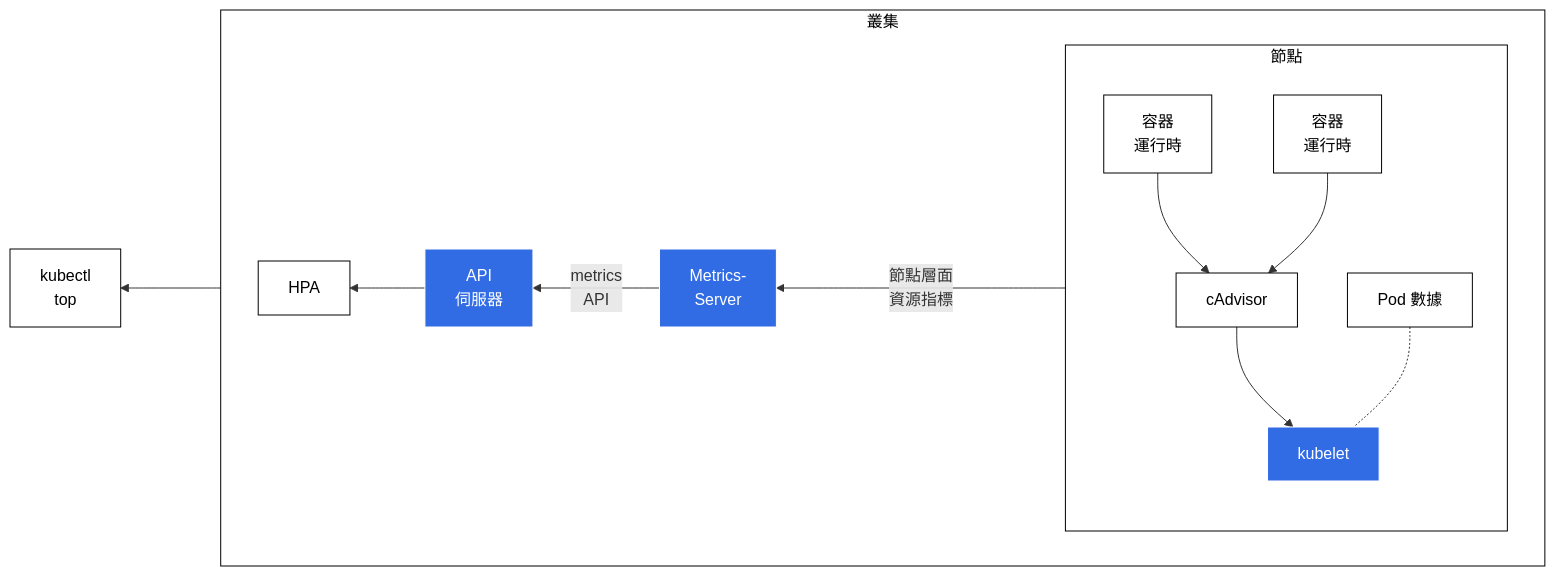
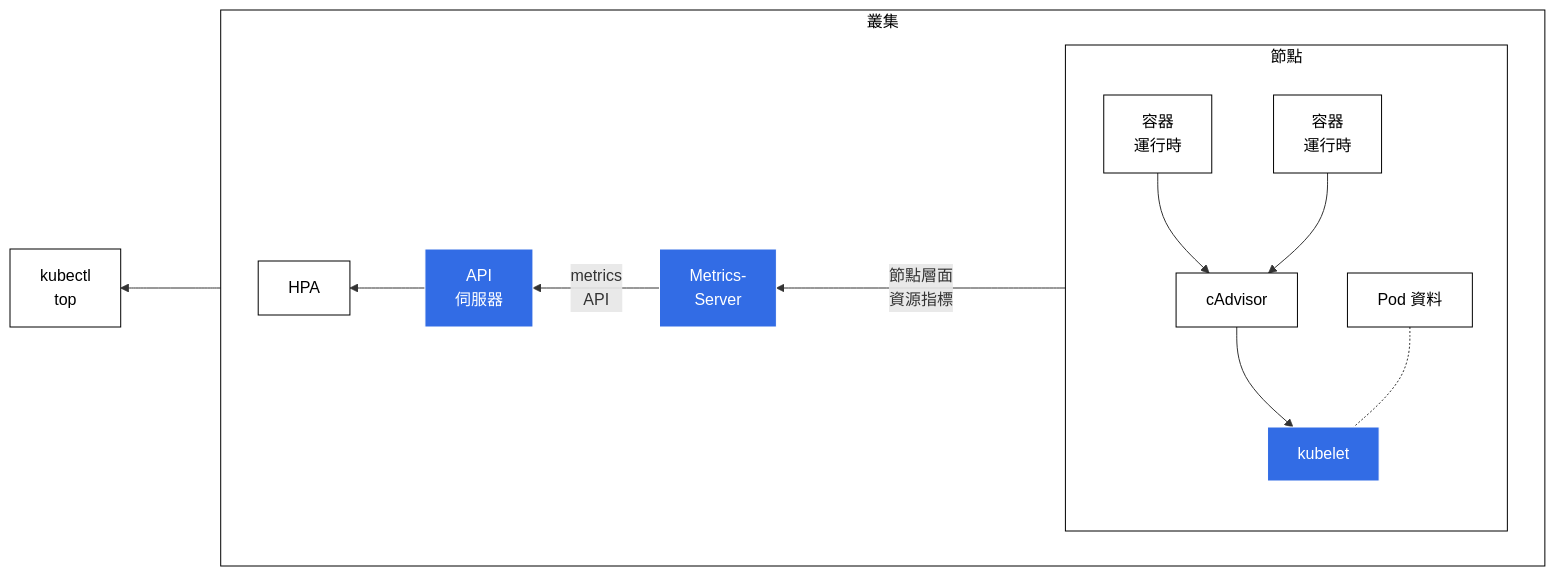
One commit to kubernetes/website changed the diagram in content/zh-tw/docs/tasks/debug/debug-cluster/resource-metrics-pipeline.md. Above: the diagram before and after it, drawn with Mermaid. The commit also changed other lines of this file and 1309 other files, not shown here.

```diff
--- a/content/zh-tw/docs/tasks/debug/debug-cluster/resource-metrics-pipeline.md
+++ b/content/zh-tw/docs/tasks/debug/debug-cluster/resource-metrics-pipeline.md
@@ -64,25 +64,25 @@
 {{< mermaid >}}
 flowchart RL
 subgraph cluster[叢集]
 direction RL
 S[ <br><br> ]
 A[Metrics-<br>Server]
 subgraph B[節點]
 direction TB
 D[cAdvisor] --> C[kubelet]
 E[容器<br>運行時] --> D
 E1[容器<br>運行時] --> D
-P[Pod 數據] -.- C
+P[Pod 資料] -.- C
 end
 L[API<br>伺服器]
 W[HPA]
 C ---->|節點層面<br>資源指標| A -->|metrics<br>API| L --> W
 end
 L ---> K[kubectl<br>top]
 classDef box fill:#fff,stroke:#000,stroke-width:1px,color:#000;
 class W,B,P,K,cluster,D,E,E1 box
 classDef spacewhite fill:#ffffff,stroke:#fff,stroke-width:0px,color:#000
 class S spacewhite
 classDef k8s fill:#326ce5,stroke:#fff,stroke-width:1px,color:#fff;
 class A,L,C k8s
 {{< /mermaid >}}
```
